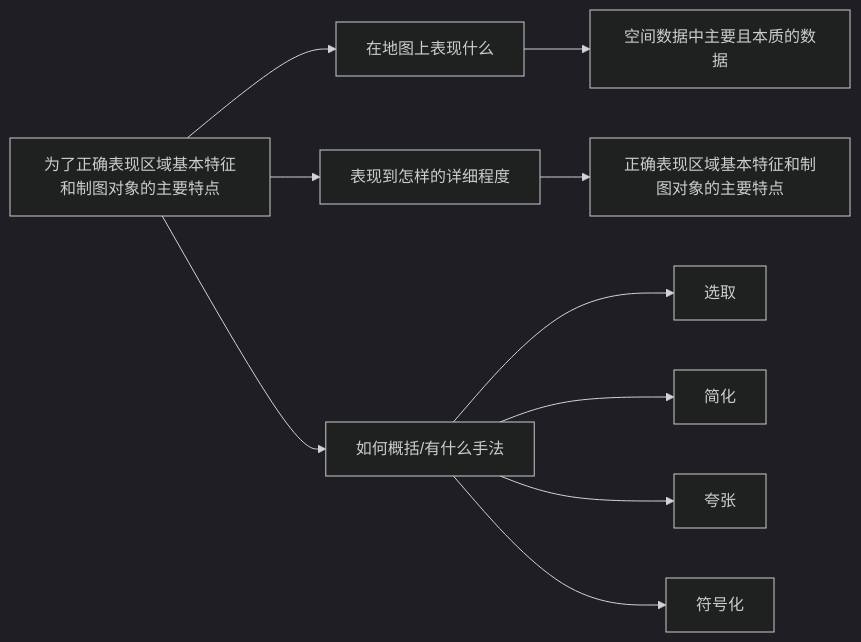
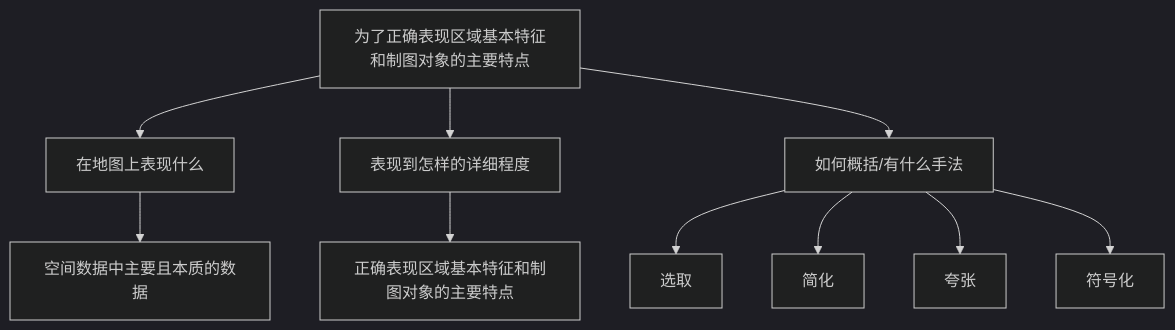
One commit to TeDaBaoXue/Cartography-Notes changed the sixth of 9 diagrams in 地图学笔记.md. Above: the diagram before and after it, drawn with Mermaid (dark theme). The commit also changed other lines of this file, not shown here.

````diff
--- a/地图学笔记.md
+++ b/地图学笔记.md
@@ -628,12 +630,12 @@
 ```mermaid
-graph LR;
+graph TB
 	为了正确表现区域基本特征和制图对象的主要特点-->在地图上表现什么;
-	在地图上表现什么-->空间数据中主要且本质的数据;
+	在地图上表现什么-->空间数据中主要且本质的数据
 	为了正确表现区域基本特征和制图对象的主要特点-->表现到怎样的详细程度;
-	表现到怎样的详细程度-->正确表现区域基本特征和制图对象的主要特点;
+	表现到怎样的详细程度-->正确表现区域基本特征和制图对象的主要特点
 	为了正确表现区域基本特征和制图对象的主要特点-->如何概括/有什么手法;
-	如何概括/有什么手法-->选取;
-	如何概括/有什么手法-->简化;
-	如何概括/有什么手法-->夸张;
-	如何概括/有什么手法-->符号化;
+	如何概括/有什么手法-->选取
+	如何概括/有什么手法-->简化
+	如何概括/有什么手法-->夸张
+	如何概括/有什么手法-->符号化
 ```
````
